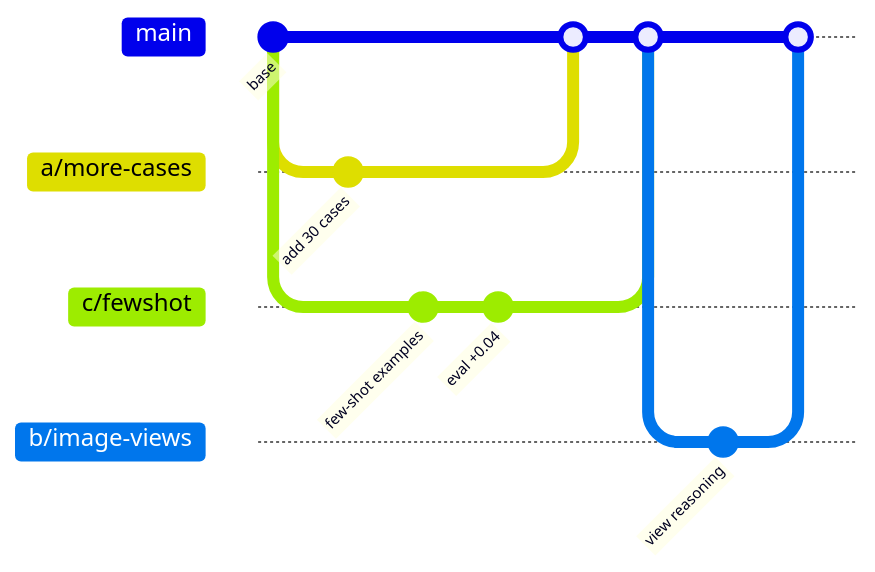
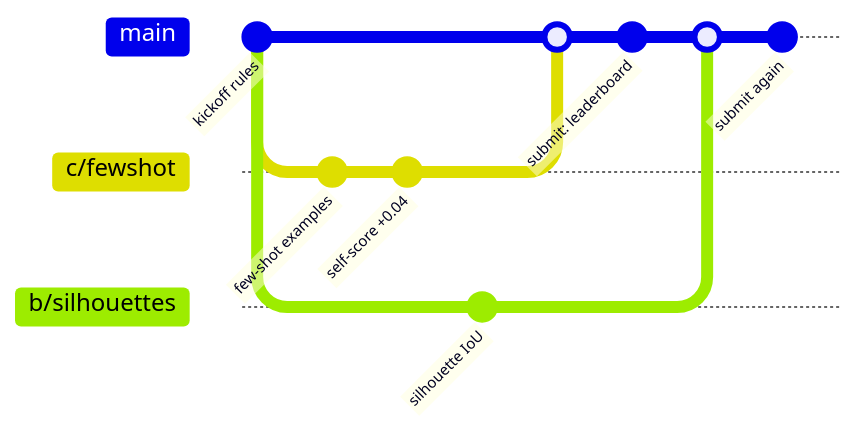
One commit to rumutaydin/sphere-forge-agent changed the third of 4 diagrams in docs/STRATEGY.md. Above: the diagram before and after it, drawn with Mermaid. The commit also changed other lines of this file and 236 other files, not shown here.

First line of the commit message:
Rebuild around the kickoff rules: STEP only, facts self-check, organiser entry point

````diff
--- a/docs/STRATEGY.md
+++ b/docs/STRATEGY.md
@@ -60,17 +104,15 @@
 ```mermaid
 gitGraph
-    commit id: "base"
-    branch a/more-cases
-    commit id: "add 30 cases"
-    checkout main
+    commit id: "kickoff rules"
     branch c/fewshot
     commit id: "few-shot examples"
-    commit id: "eval +0.04"
+    commit id: "self-score +0.04"
     checkout main
-    merge a/more-cases
+    branch b/silhouettes
+    commit id: "silhouette IoU"
+    checkout main
     merge c/fewshot
-    branch b/image-views
-    commit id: "view reasoning"
-    checkout main
-    merge b/image-views
+    commit id: "submit: leaderboard"
+    merge b/silhouettes
+    commit id: "submit again"
 ```
````
